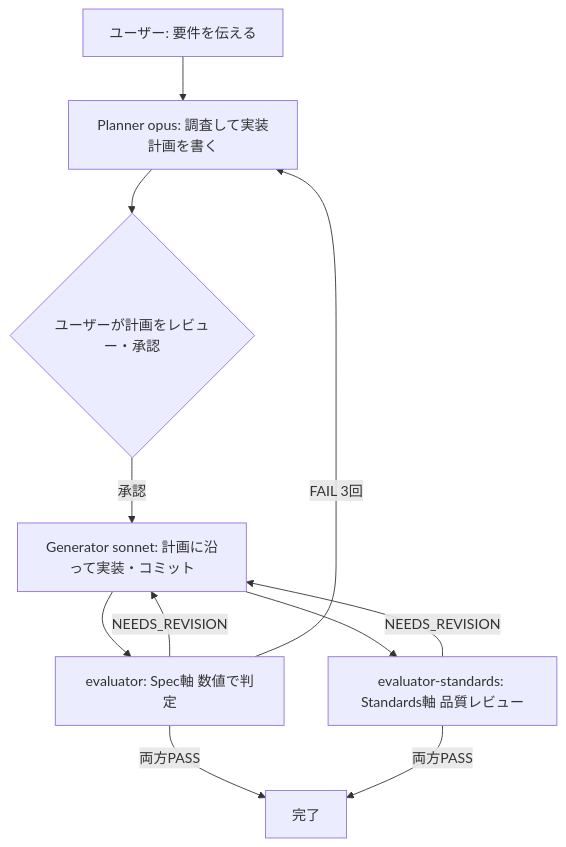
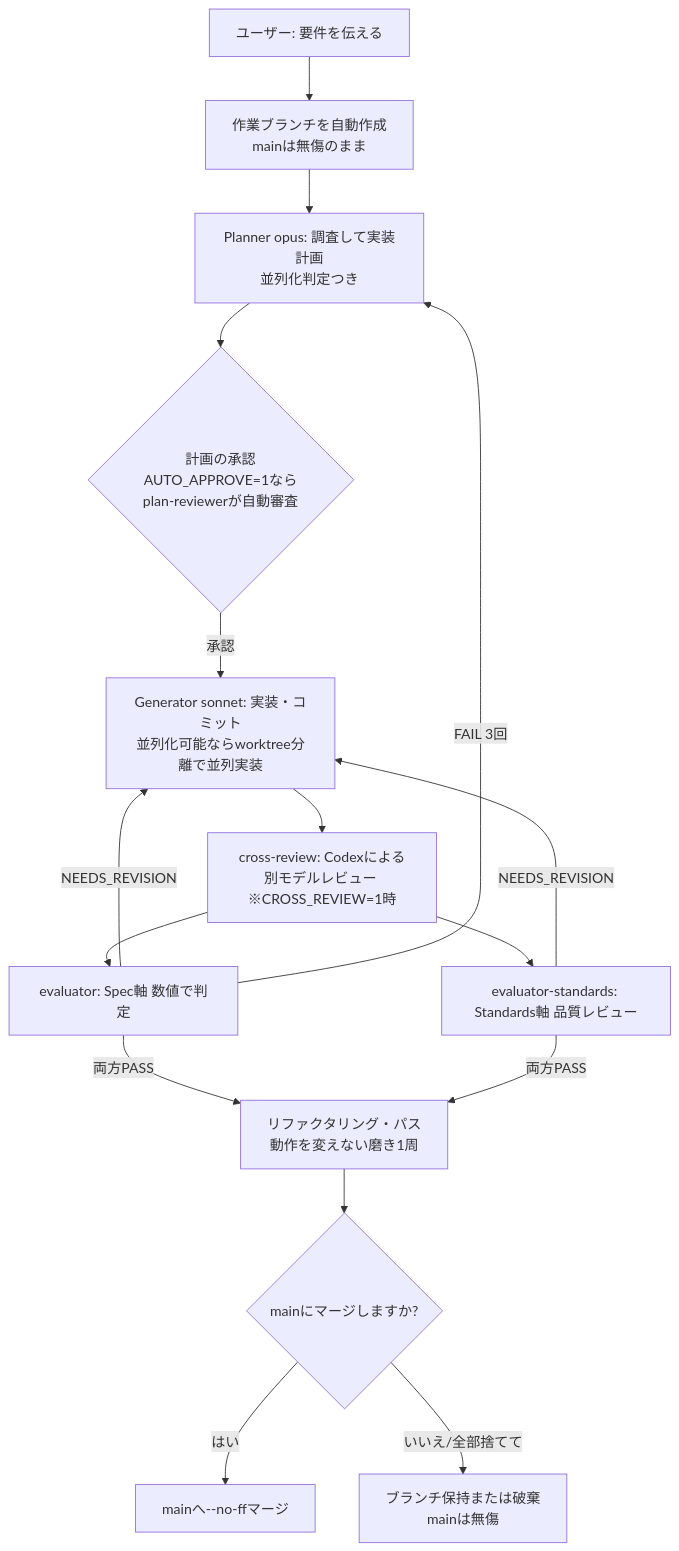
One commit to takayoshitoyoda05/claude-ml-template changed the first of 2 diagrams in README.md. Above: the diagram before and after it, drawn with Mermaid. The commit also changed other lines of this file, not shown here.

Commit message:
docs: 冒頭のワークフロー図を現行フローに更新
初日の6ステップ構成のままだった図に、作業ブランチ・plan-reviewer自動承認・
worktree並列実装・Codexクロスレビュー・リファクタリング・パス・マージ確認を反映。
Stopゲート群は図を混雑させないため注記で3.4節へ誘導。

````diff
--- a/README.md
+++ b/README.md
@@ -7,11 +7,16 @@
 ```mermaid
 flowchart TD
-    A[ユーザー: 要件を伝える] --> B[Planner opus: 調査して実装計画を書く]
-    B --> C{ユーザーが計画をレビュー・承認}
-    C -->|承認| D[Generator sonnet: 計画に沿って実装・コミット]
-    D --> E[evaluator: Spec軸 数値で判定]
-    D --> F[evaluator-standards: Standards軸 品質レビュー]
-    E & F -->|両方PASS| G[完了]
+    A[ユーザー: 要件を伝える] --> BR[作業ブランチを自動作成<br>mainは無傷のまま]
+    BR --> B[Planner opus: 調査して実装計画<br>並列化判定つき]
+    B --> C{計画の承認<br>AUTO_APPROVE=1ならplan-reviewerが自動審査}
+    C -->|承認| D[Generator sonnet: 実装・コミット<br>並列化可能ならworktree分離で並列実装]
+    D --> X[cross-review: Codexによる<br>別モデルレビュー ※CROSS_REVIEW=1時]
+    X --> E[evaluator: Spec軸 数値で判定]
+    X --> F[evaluator-standards: Standards軸 品質レビュー]
+    E & F -->|両方PASS| P[リファクタリング・パス<br>動作を変えない磨き1周]
     E & F -->|NEEDS_REVISION| D
     E -->|FAIL 3回| B
+    P --> M{mainにマージしますか?}
+    M -->|はい| G[mainへ--no-ffマージ]
+    M -->|いいえ/全部捨てて| K[ブランチ保持または破棄<br>mainは無傷]
 ```
````
